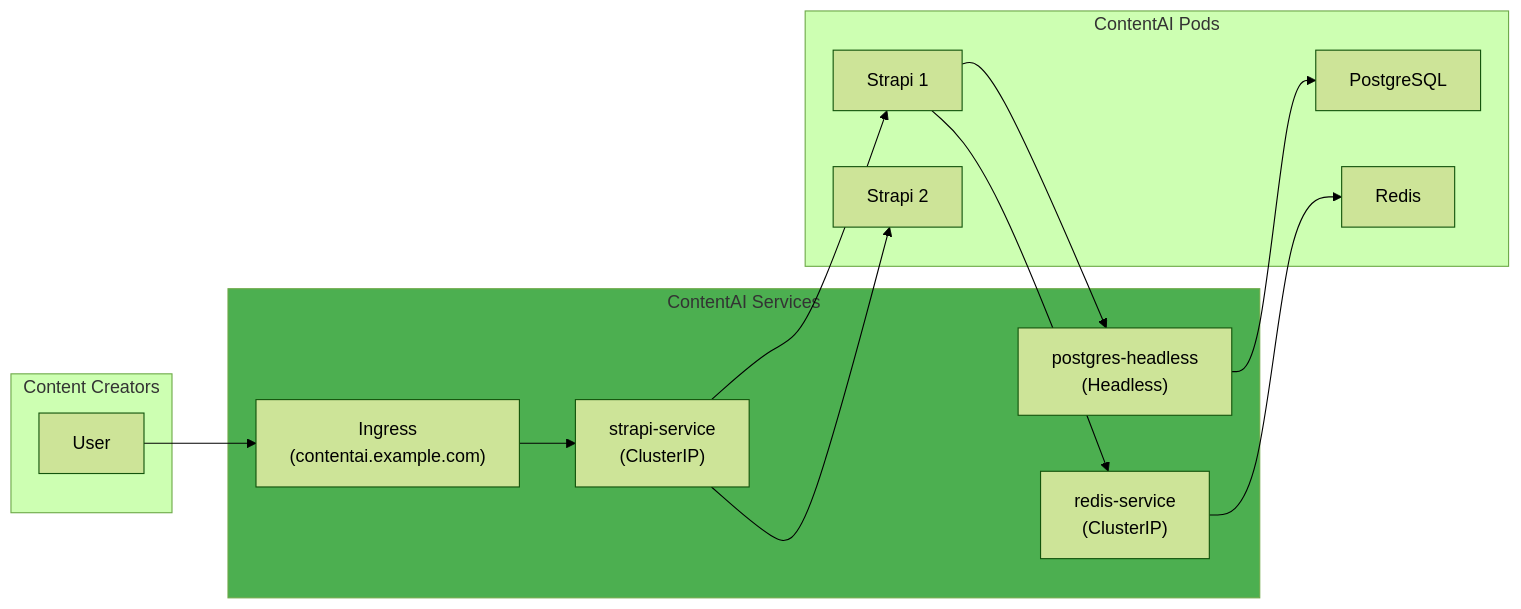
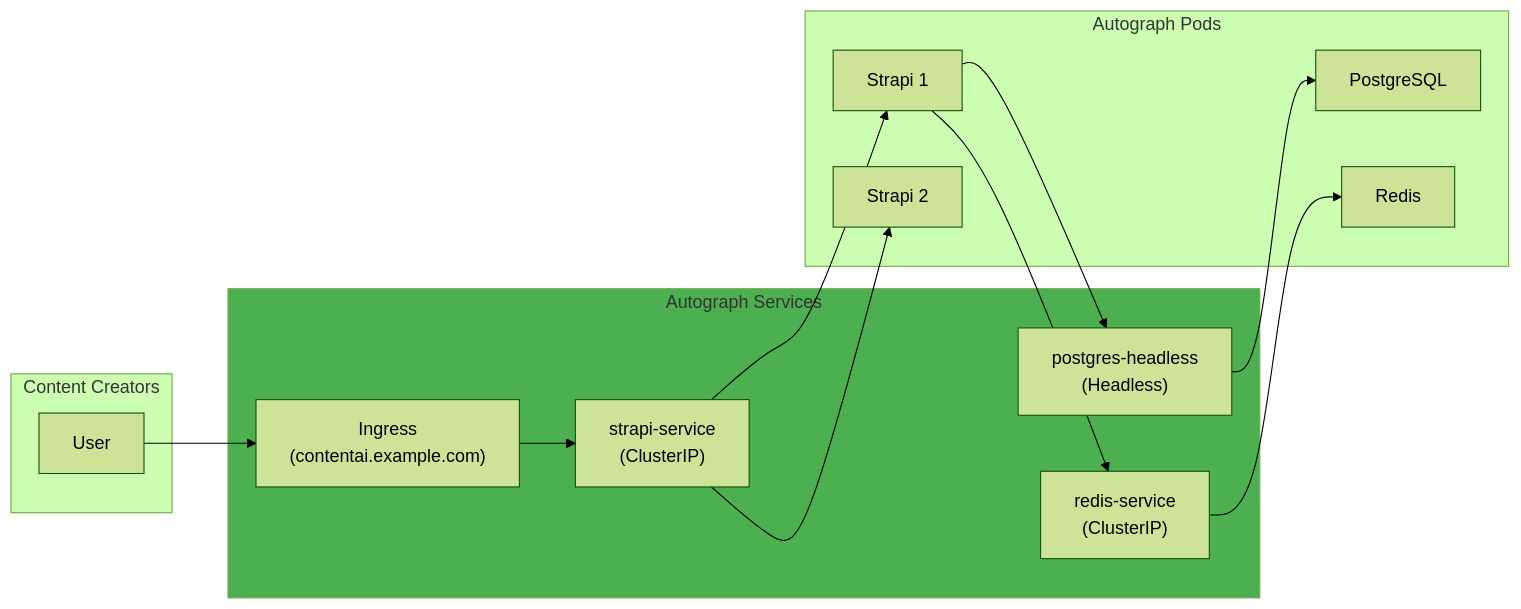
The fifth of 11 diagrams in DevOps/02-Engineering/04-Container-Orchestration.md (PearlThoughtsInternship/Internship-Obsidian-Vault), drawn with Mermaid (forest theme) before and after one commit. The commit also changed other lines of this file and 4 other files, not shown here.

First line of the commit message:
rebrand: ContentAI → Autograph in Engineering & Platform docs

````diff
--- a/DevOps/02-Engineering/04-Container-Orchestration.md
+++ b/DevOps/02-Engineering/04-Container-Orchestration.md
@@ -254,28 +254,28 @@
 ```mermaid
 flowchart LR
     subgraph External["Content Creators"]
         User["User"]
     end
 
-    subgraph Services["ContentAI Services"]
+    subgraph Services["Autograph Services"]
         ING["Ingress\n(contentai.example.com)"]
         STRAPI["strapi-service\n(ClusterIP)"]
         PG["postgres-headless\n(Headless)"]
         REDIS["redis-service\n(ClusterIP)"]
     end
 
-    subgraph Pods["ContentAI Pods"]
+    subgraph Pods["Autograph Pods"]
         SP1["Strapi 1"]
         SP2["Strapi 2"]
         PGP["PostgreSQL"]
         RP["Redis"]
     end
 
     User --> ING --> STRAPI
     STRAPI --> SP1
     STRAPI --> SP2
     SP1 --> PG --> PGP
     SP1 --> REDIS --> RP
 
     style Services fill:#4CAF50
 ```
````
